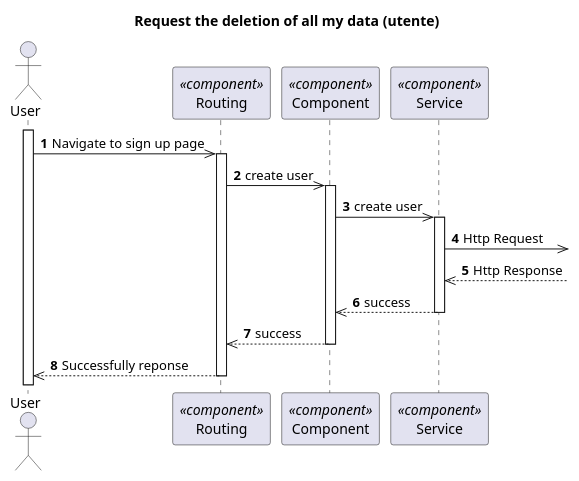
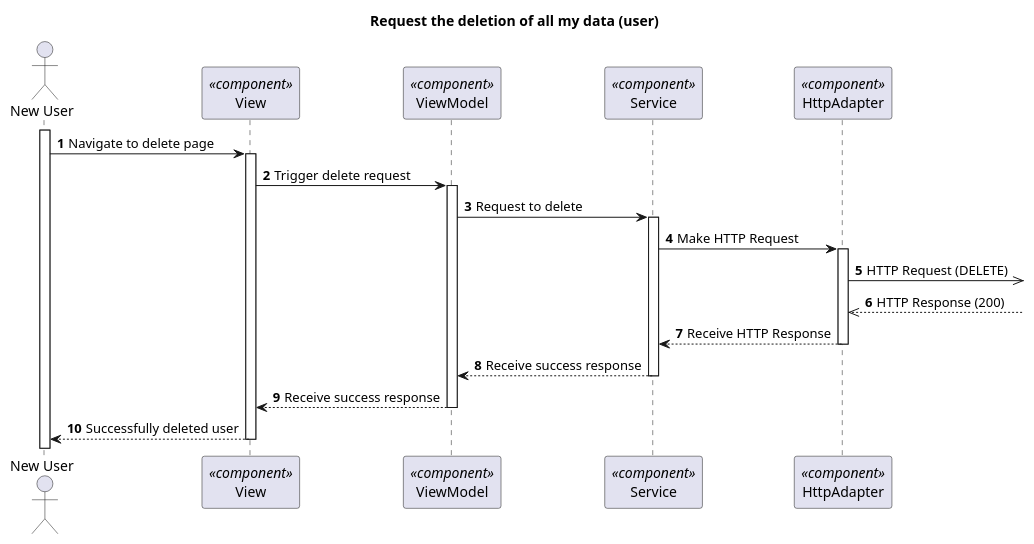
One commit to 1210910/lapr5 changed the diagram in docs/VistaProcesso/US120/Visualization/ProcessView_Level3_US120.puml. Above: the diagram before and after it, drawn with PlantUML. The commit also changed 6 other files, not shown here.

```diff
--- a/docs/VistaProcesso/US120/Visualization/ProcessView_Level3_US120.puml
+++ b/docs/VistaProcesso/US120/Visualization/ProcessView_Level3_US120.puml
@@ -1,34 +1,33 @@
 @startuml Process View - Level 3
 
 autonumber
 skinparam packageStyle rect
 
-title Request the deletion of all my data (utente)
+title Request the deletion of all my data (user)
 
-actor "User" as NU
-participant "Routing" as routing <<component>>
-participant "Component" as comp <<component>>
+actor "New User" as NU
+participant "View" as view <<component>>
+participant "ViewModel" as viewModel <<component>>
 participant "Service" as service <<component>>
+participant "HttpAdapter" as httpAdapter <<component>>
 
 activate NU
-NU->> routing : Navigate to sign up page
-activate routing
-routing ->> comp : create user
-
-activate comp
-comp ->> service : create user
-
+NU-> view : Navigate to delete page
+activate view
+view -> viewModel : Trigger delete request
+activate viewModel
+viewModel -> service : Request to delete
 activate service
-service ->> : Http Request
-service <<-- : Http Response
-
-service -->> comp : success
+service -> httpAdapter : Make HTTP Request
+activate httpAdapter
+httpAdapter ->> : HTTP Request (DELETE)
+httpAdapter <<-- : HTTP Response (200)
+httpAdapter --> service : Receive HTTP Response
+deactivate httpAdapter
+service --> viewModel : Receive success response
 deactivate service
-
-comp -->> routing : success
-deactivate comp
-
-NU<<-- routing : Successfully reponse
-deactivate routing
-
+viewModel --> view : Receive success response
+deactivate viewModel
+view --> NU : Successfully deleted user
+deactivate view
 @enduml
```
